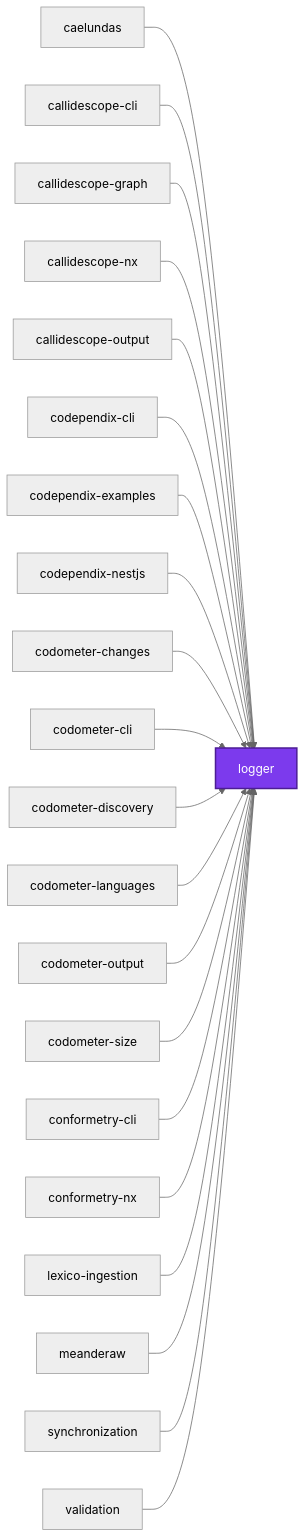
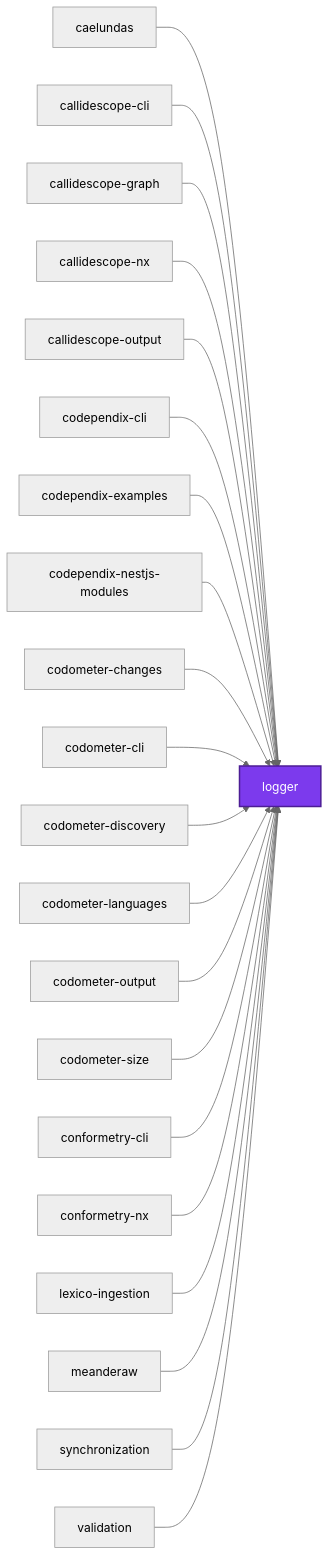
One commit to JimmyPaolini/codebase changed the first of 3 diagrams in packages/logger/README.md. Above: the diagram before and after it, drawn with Mermaid (neutral theme). The commit also changed 13 other files, not shown here.

````diff
--- a/packages/logger/README.md
+++ b/packages/logger/README.md
@@ -136,46 +136,46 @@
 ```mermaid
 graph LR
   caelundas["caelundas"]
   callidescope_cli["callidescope-cli"]
   callidescope_graph["callidescope-graph"]
   callidescope_nx["callidescope-nx"]
   callidescope_output["callidescope-output"]
   codependix_cli["codependix-cli"]
   codependix_examples["codependix-examples"]
-  codependix_nestjs["codependix-nestjs"]
+  codependix_nestjs_modules["codependix-nestjs-modules"]
   codometer_changes["codometer-changes"]
   codometer_cli["codometer-cli"]
   codometer_discovery["codometer-discovery"]
   codometer_languages["codometer-languages"]
   codometer_output["codometer-output"]
   codometer_size["codometer-size"]
   conformetry_cli["conformetry-cli"]
   conformetry_nx["conformetry-nx"]
   lexico_ingestion["lexico-ingestion"]
   logger["logger"]
   meanderaw["meanderaw"]
   synchronization["synchronization"]
   validation["validation"]
   caelundas --> logger
   callidescope_cli --> logger
   callidescope_graph --> logger
   callidescope_nx --> logger
   callidescope_output --> logger
   codependix_cli --> logger
   codependix_examples --> logger
-  codependix_nestjs --> logger
+  codependix_nestjs_modules --> logger
   codometer_changes --> logger
   codometer_cli --> logger
   codometer_discovery --> logger
   codometer_languages --> logger
   codometer_output --> logger
   codometer_size --> logger
   conformetry_cli --> logger
   conformetry_nx --> logger
   lexico_ingestion --> logger
   meanderaw --> logger
   synchronization --> logger
   validation --> logger
   classDef subject fill:#7c3aed,color:#fff,stroke:#4c1d95,stroke-width:2px
   class logger subject
 ```
````
